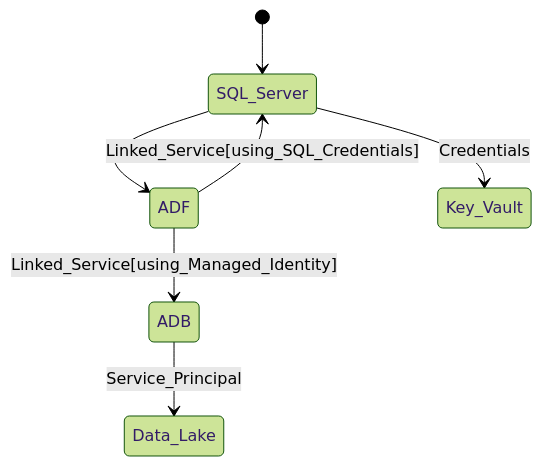
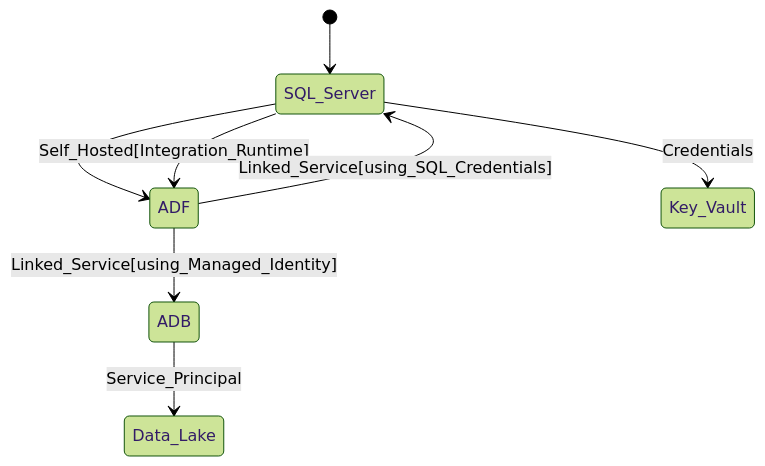
One commit to vijganji99/strada-DE-Infra changed the diagram in README.md. Above: the diagram before and after it, drawn with Mermaid (forest theme).

````diff
--- a/README.md
+++ b/README.md
@@ -27,9 +27,10 @@
 ```mermaid
 stateDiagram-v2
     [*] --> SQL_Server
     SQL_Server --> ADF
+    SQL_Server --> ADF:Self_Hosted[Integration_Runtime]
     SQL_Server --> Key_Vault:Credentials 
     ADF --> SQL_Server:Linked_Service[using_SQL_Credentials]
     ADF --> ADB:Linked_Service[using_Managed_Identity]
     ADB --> Data_Lake:Service_Principal
 ```
````
